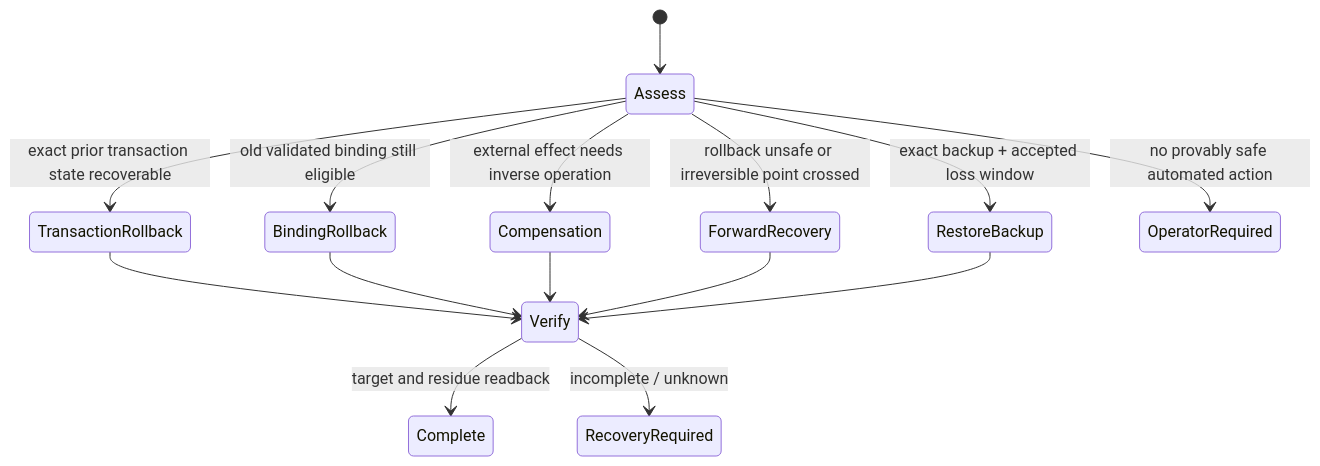
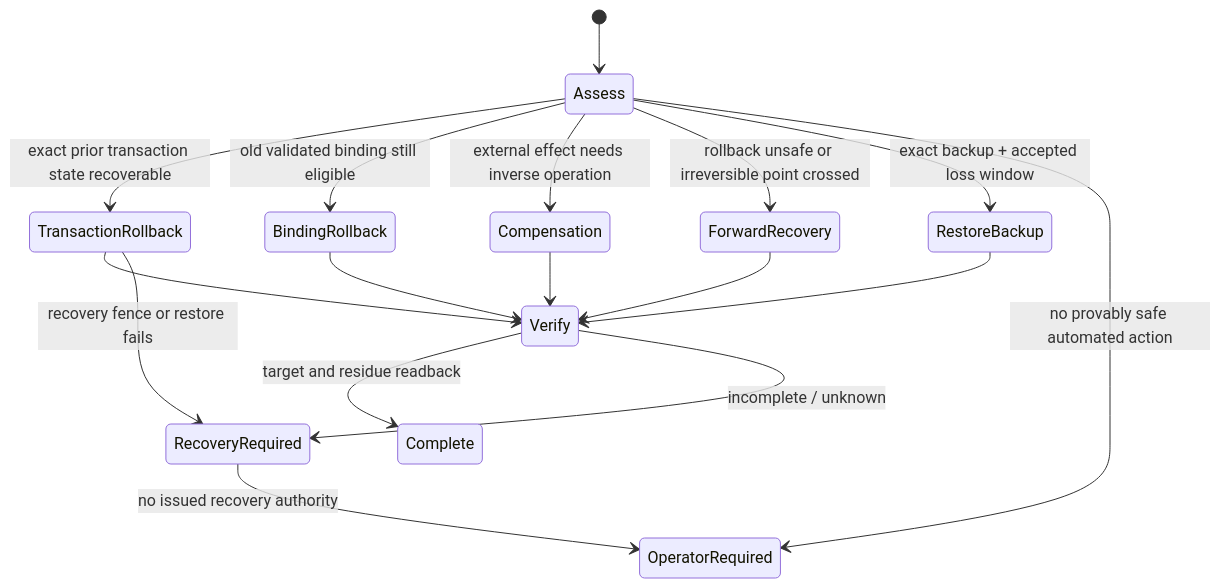
One commit to sec-platform/sec changed the third of 3 diagrams in docs/change-management.md. Above: the diagram before and after it, drawn with Mermaid. The commit also changed other lines of this file and 74 other files, not shown here.

````diff
--- a/docs/change-management.md
+++ b/docs/change-management.md
@@ -233,17 +233,19 @@
 ```mermaid
 stateDiagram-v2
   [*] --> Assess
   Assess --> TransactionRollback: exact prior transaction state recoverable
   Assess --> BindingRollback: old validated binding still eligible
   Assess --> Compensation: external effect needs inverse operation
   Assess --> ForwardRecovery: rollback unsafe or irreversible point crossed
   Assess --> RestoreBackup: exact backup + accepted loss window
   Assess --> OperatorRequired: no provably safe automated action
   TransactionRollback --> Verify
   BindingRollback --> Verify
   Compensation --> Verify
   ForwardRecovery --> Verify
   RestoreBackup --> Verify
+  TransactionRollback --> RecoveryRequired: recovery fence or restore fails
   Verify --> Complete: target and residue readback
   Verify --> RecoveryRequired: incomplete / unknown
+  RecoveryRequired --> OperatorRequired: no issued recovery authority
 ```
````
